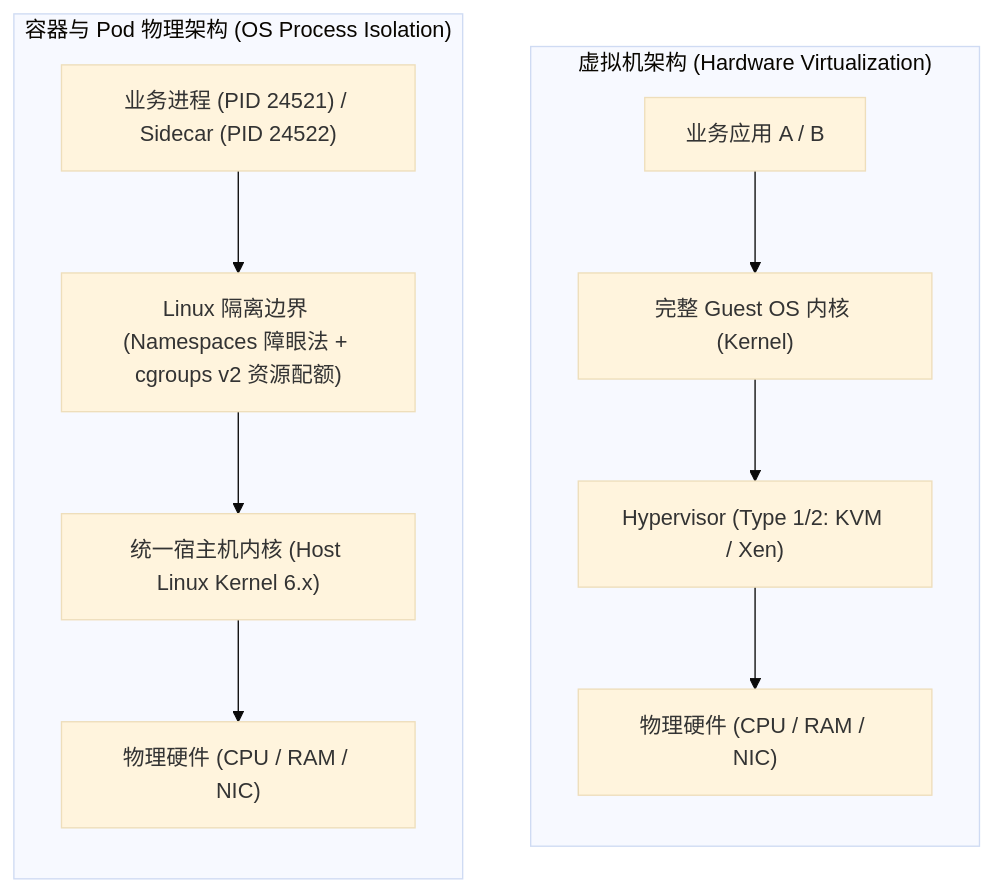
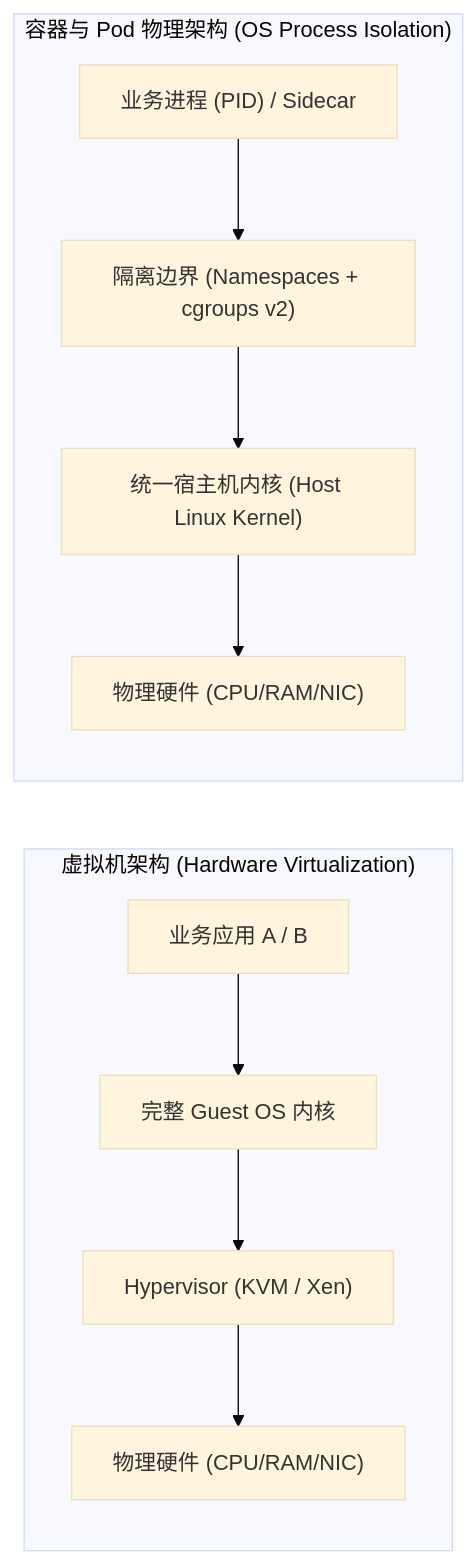
The first of 8 diagrams in content/posts/kubernetes-internals/k8s-01-container-namespaces-cgroups-pod-first-principles.md (MoreConsequence/MoreConsequence.github.io), drawn with Mermaid (base theme) before and after one commit. The commit also changed other lines of this file and 835 other files, not shown here.

First line of the commit message:
feat(blog): 全站33篇新增深度专栏与博文全量审核上线及矢量图表优化

````diff
--- a/content/posts/kubernetes-internals/k8s-01-container-namespaces-cgroups-pod-first-principles.md
+++ b/content/posts/kubernetes-internals/k8s-01-container-namespaces-cgroups-pod-first-principles.md
@@ -41,20 +41,20 @@
 ```mermaid
-flowchart TB
+flowchart LR
     subgraph VM["虚拟机架构 (Hardware Virtualization)"]
         direction TB
         AppVM["业务应用 A / B"]
-        GuestOS["完整 Guest OS 内核 (Kernel)"]
-        Hypervisor["Hypervisor (Type 1/2: KVM / Xen)"]
-        HostHW1["物理硬件 (CPU / RAM / NIC)"]
+        GuestOS["完整 Guest OS 内核"]
+        Hypervisor["Hypervisor (KVM / Xen)"]
+        HostHW1["物理硬件 (CPU/RAM/NIC)"]
         AppVM --> GuestOS --> Hypervisor --> HostHW1
     end
 
     subgraph Container["容器与 Pod 物理架构 (OS Process Isolation)"]
         direction TB
-        AppCont["业务进程 (PID 24521) / Sidecar (PID 24522)"]
-        Isol["Linux 隔离边界 (Namespaces 障眼法 + cgroups v2 资源配额)"]
-        HostKernel["统一宿主机内核 (Host Linux Kernel 6.x)"]
-        HostHW2["物理硬件 (CPU / RAM / NIC)"]
+        AppCont["业务进程 (PID) / Sidecar"]
+        Isol["隔离边界 (Namespaces + cgroups v2)"]
+        HostKernel["统一宿主机内核 (Host Linux Kernel)"]
+        HostHW2["物理硬件 (CPU/RAM/NIC)"]
         AppCont --> Isol --> HostKernel --> HostHW2
     end
 ```
````
